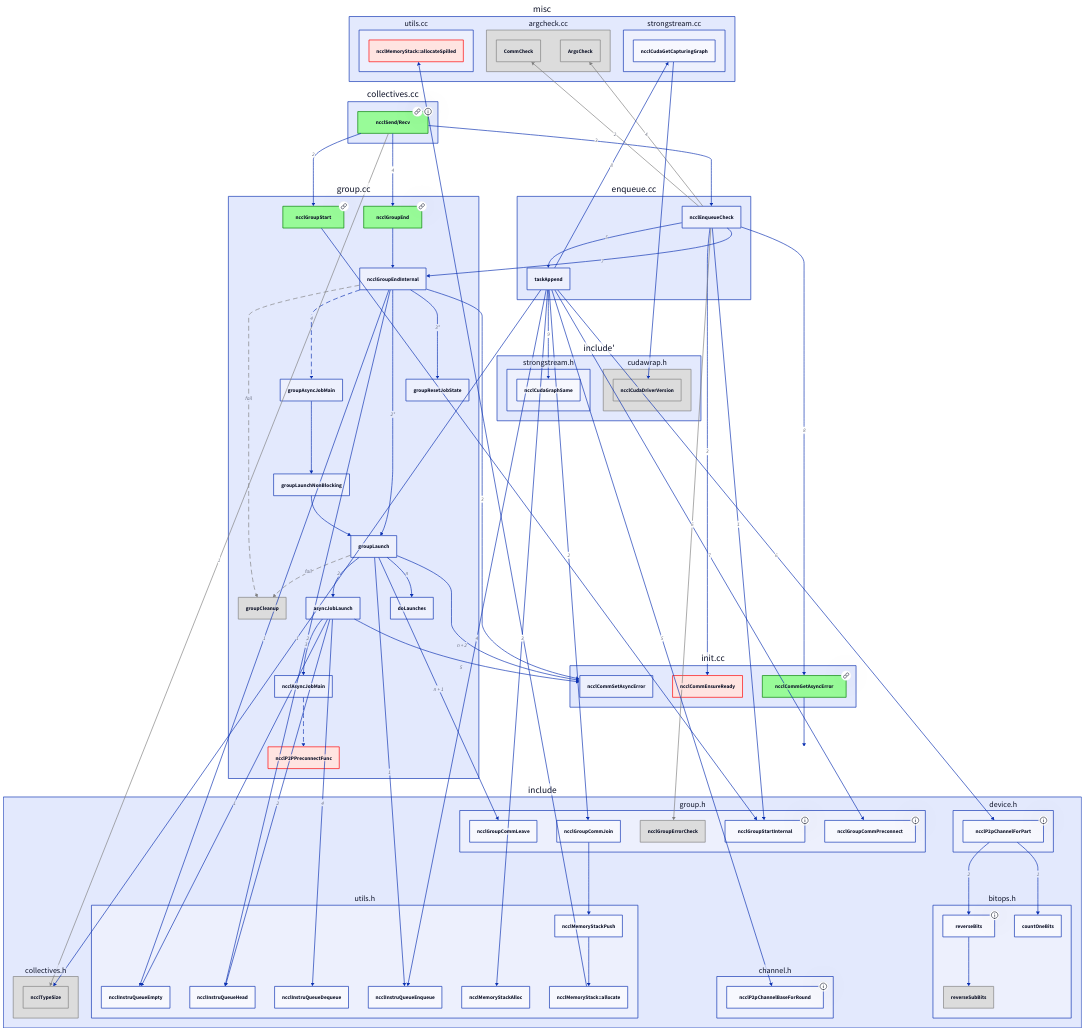
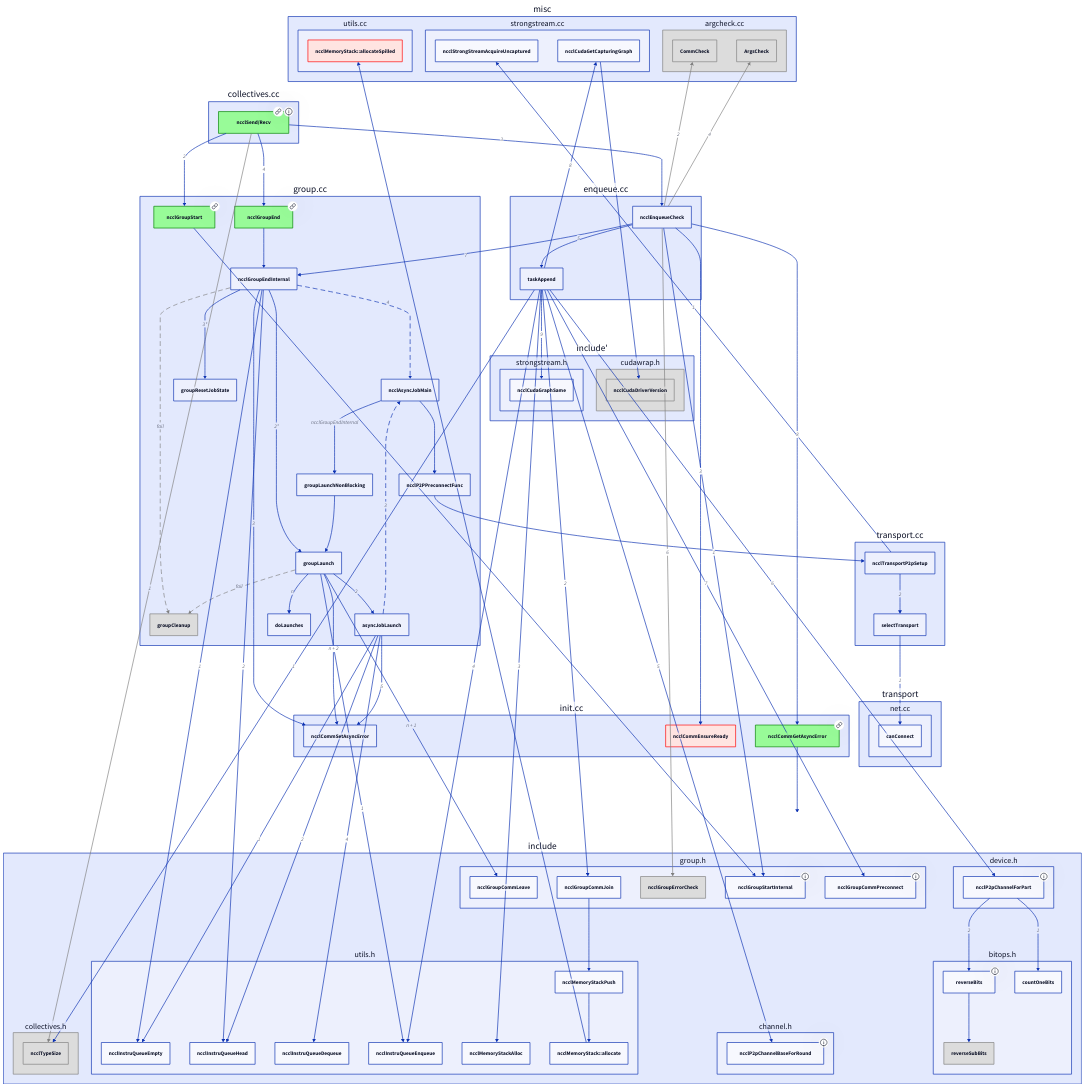
Before and after one commit to YconquestY/nccl: the diagram in kernel.d2, drawn with D2. The commit also changed 1 other file, not shown here.

Commit message:
`ncclSend`/`ncclRecv` in progress

```diff
--- a/kernel.d2
+++ b/kernel.d2
@@ -88,7 +88,7 @@
     ncclGroupEnd.style.stroke: green
     ncclGroupEnd.style.fill: palegreen
     ncclGroupEnd -> ncclGroupEndInternal
-    ncclGroupEndInternal -> groupAsyncJobMain: 4 {
+    ncclGroupEndInternal -> ncclAsyncJobMain: 4 {
         style: {
             stroke-dash: 6
         }
@@ -96,7 +96,7 @@
     ncclGroupEndInternal -> groupLaunch: 2*
     ncclGroupEndInternal -> groupResetJobState: 3*
 
-    groupAsyncJobMain -> groupLaunchNonBlocking
+    ncclAsyncJobMain -> groupLaunchNonBlocking: ncclGroupEndInternal
     groupLaunchNonBlocking -> groupLaunch
     groupLaunch -> groupCleanup: fail {
         style: {
@@ -107,14 +107,12 @@
     groupLaunch -> asyncJobLaunch: 2
     groupLaunch -> doLaunches: n
     
-    asyncJobLaunch -> ncclAsyncJobMain: 3
-    ncclAsyncJobMain -> ncclP2PPreconnectFunc: {
+    asyncJobLaunch -> ncclAsyncJobMain: 3 {
         style: {
             stroke-dash: 6
         }
     }
-    ncclP2PPreconnectFunc.style.stroke: red
-    ncclP2PPreconnectFunc.style.fill: mistyrose
+    ncclAsyncJobMain -> ncclP2PPreconnectFunc
 }
 group\.cc.ncclGroupEndInternal -> include.utils\.h.ncclInstruQueueEmpty: 1
 group\.cc.ncclGroupEndInternal -> include.utils\.h.ncclInstruQueueHead: 2
@@ -130,6 +128,19 @@
 group\.cc.asyncJobLaunch -> include.utils\.h.ncclInstruQueueHead: 2
 group\.cc.asyncJobLaunch -> include.utils\.h.ncclInstruQueueDequeue: 4
 
+group\.cc.ncclP2PPreconnectFunc -> transport\.cc.ncclTransportP2pSetup
+
+transport\.cc: {
+    ncclTransportP2pSetup -> selectTransport: 2
+}
+transport\.cc.ncclTransportP2pSetup -> misc.strongstream\.cc.ncclStrongStreamAcquireUncaptured: 1
+transport\.cc.selectTransport -> transport.net\.cc.canConnect: 1
+
+transport: {
+    net\.cc: {
+        canConnect
+    }
+}
 enqueue\.cc: {
     ncclEnqueueCheck -> taskAppend: 5
 }
```
